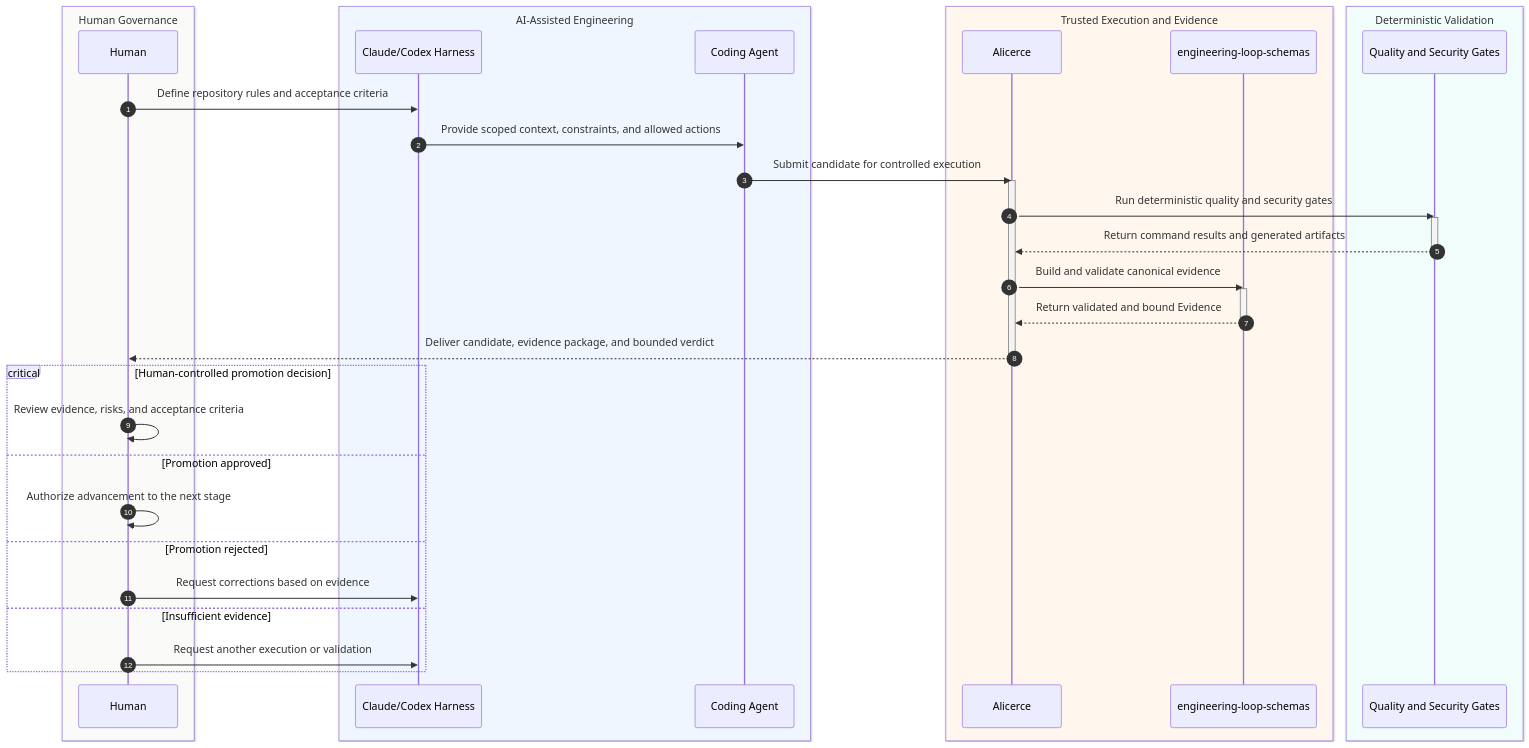
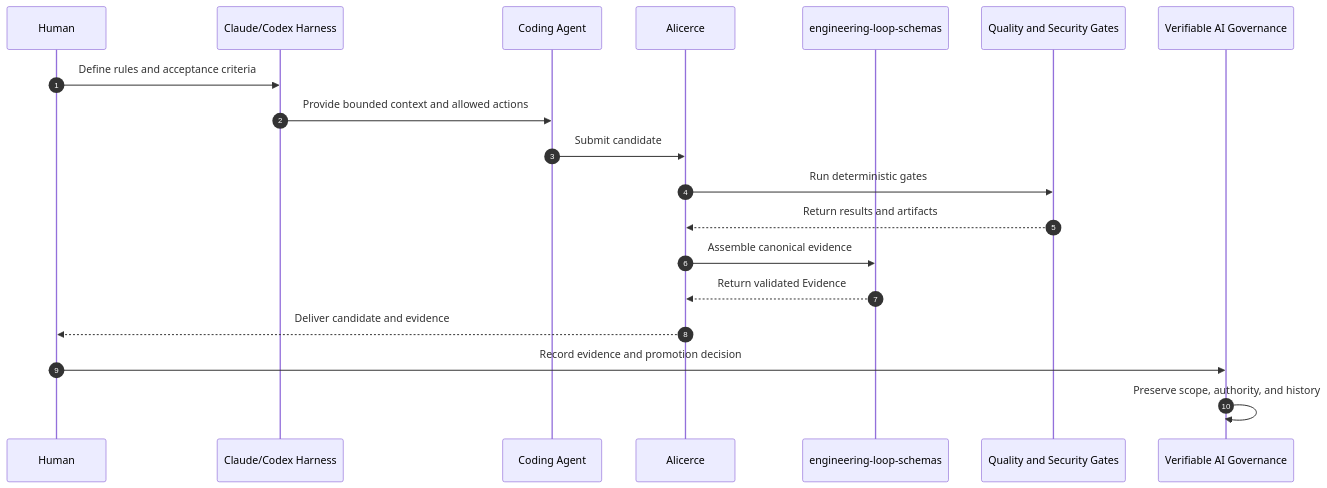
Before and after one commit to brunovicco/brunovicco: the third of 4 diagrams in PORTFOLIO_ARCHITECTURE.md, drawn with Mermaid. The commit also changed other lines of this file and 6 other files, not shown here.

Commit message:
docs: update profile with verifiable AI governance project (#9)

````diff
--- a/PORTFOLIO_ARCHITECTURE.md
+++ b/PORTFOLIO_ARCHITECTURE.md
@@ -192,51 +208,22 @@
 ```mermaid
 sequenceDiagram
     autonumber
+    participant Human
+    participant Harness as Claude/Codex Harness
+    participant Agent as Coding Agent
+    participant Alicerce
+    participant Schemas as engineering-loop-schemas
+    participant CI as Quality and Security Gates
+    participant Gov as Verifiable AI Governance
 
-    box rgb(250, 250, 249) Human Governance
-        participant Human
-    end
-
-    box rgb(239, 246, 255) AI-Assisted Engineering
-        participant Harness as Claude/Codex Harness
-        participant Agent as Coding Agent
-    end
-
-    box rgb(255, 247, 237) Trusted Execution and Evidence
-        participant Alicerce
-        participant Schemas as engineering-loop-schemas
-    end
-
-    box rgb(240, 253, 250) Deterministic Validation
-        participant CI as Quality and Security Gates
-    end
-
-    Human->>Harness: Define repository rules and acceptance criteria
-    Harness->>Agent: Provide scoped context, constraints, and allowed actions
-
-    Agent->>Alicerce: Submit candidate for controlled execution
-    activate Alicerce
-
-    Alicerce->>CI: Run deterministic quality and security gates
-    activate CI
-    CI-->>Alicerce: Return command results and generated artifacts
-    deactivate CI
-
-    Alicerce->>Schemas: Build and validate canonical evidence
-    activate Schemas
-    Schemas-->>Alicerce: Return validated and bound Evidence
-    deactivate Schemas
-
-    Alicerce-->>Human: Deliver candidate, evidence package, and bounded verdict
-    deactivate Alicerce
-
-    critical Human-controlled promotion decision
-        Human->>Human: Review evidence, risks, and acceptance criteria
-        option Promotion approved
-            Human->>Human: Authorize advancement to the next stage
-        option Promotion rejected
-            Human->>Harness: Request corrections based on evidence
-        option Insufficient evidence
-            Human->>Harness: Request another execution or validation
-    end
+    Human->>Harness: Define rules and acceptance criteria
+    Harness->>Agent: Provide bounded context and allowed actions
+    Agent->>Alicerce: Submit candidate
+    Alicerce->>CI: Run deterministic gates
+    CI-->>Alicerce: Return results and artifacts
+    Alicerce->>Schemas: Assemble canonical evidence
+    Schemas-->>Alicerce: Return validated Evidence
+    Alicerce-->>Human: Deliver candidate and evidence
+    Human->>Gov: Record evidence and promotion decision
+    Gov->>Gov: Preserve scope, authority, and history
 ```
````
